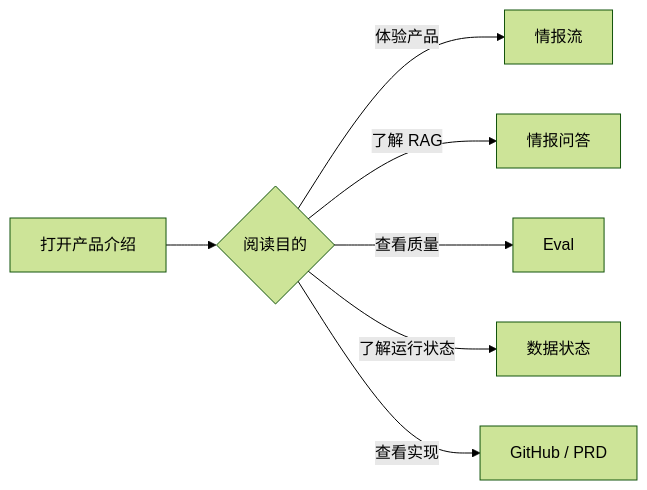
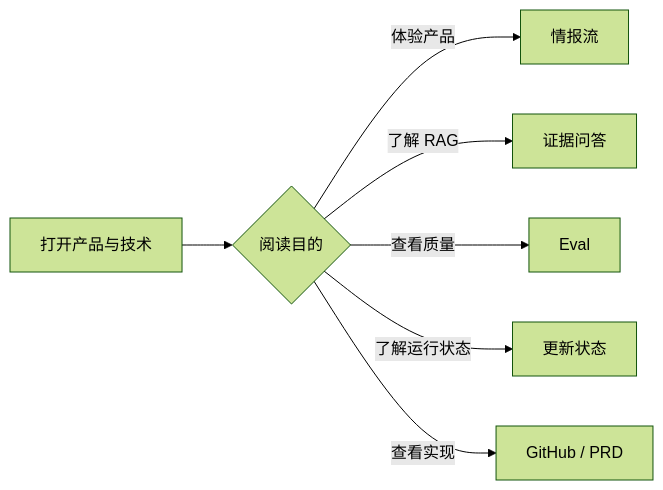
One commit to Dyj0926D/newseviday changed the seventh of 8 diagrams in prd/NewsEviday-PRD.md. Above: the diagram before and after it, drawn with Mermaid (forest theme). The commit also changed other lines of this file and 45 other files, not shown here.

Commit message:
feat: align public copy and architecture

````diff
--- a/prd/NewsEviday-PRD.md
+++ b/prd/NewsEviday-PRD.md
@@ -1371,9 +1374,9 @@
 ```mermaid
 flowchart LR
-    A["打开产品介绍"] --> B{"阅读目的"}
+    A["打开产品与技术"] --> B{"阅读目的"}
     B -- "体验产品" --> C["情报流"]
-    B -- "了解 RAG" --> D["情报问答"]
+    B -- "了解 RAG" --> D["证据问答"]
     B -- "查看质量" --> E["Eval"]
-    B -- "了解运行状态" --> F["数据状态"]
+    B -- "了解运行状态" --> F["更新状态"]
     B -- "查看实现" --> G["GitHub / PRD"]
 ```
````
